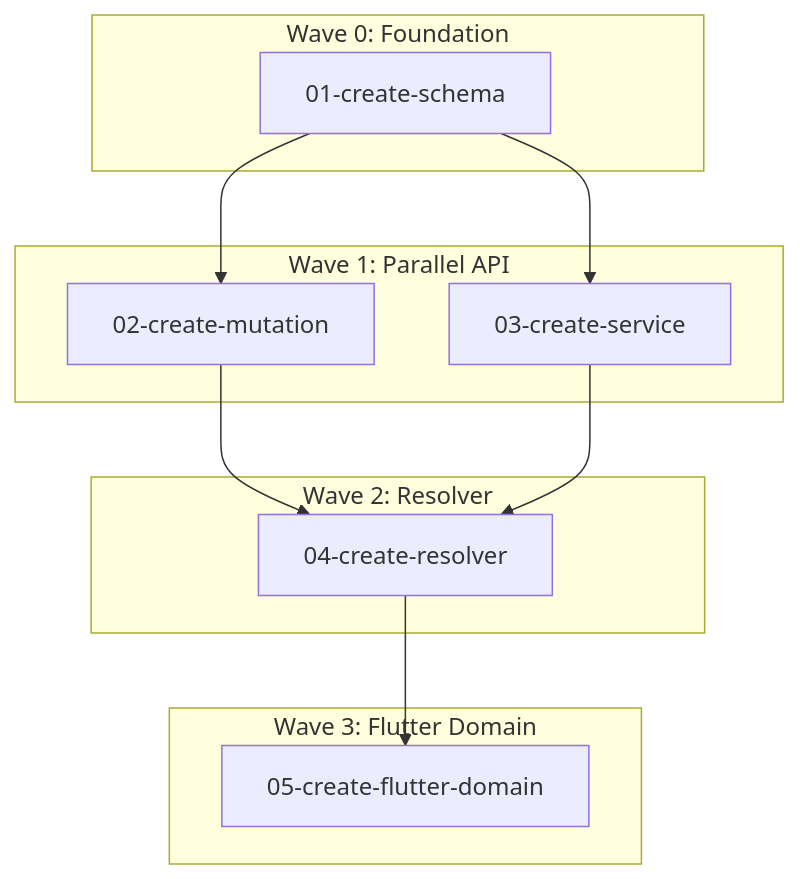
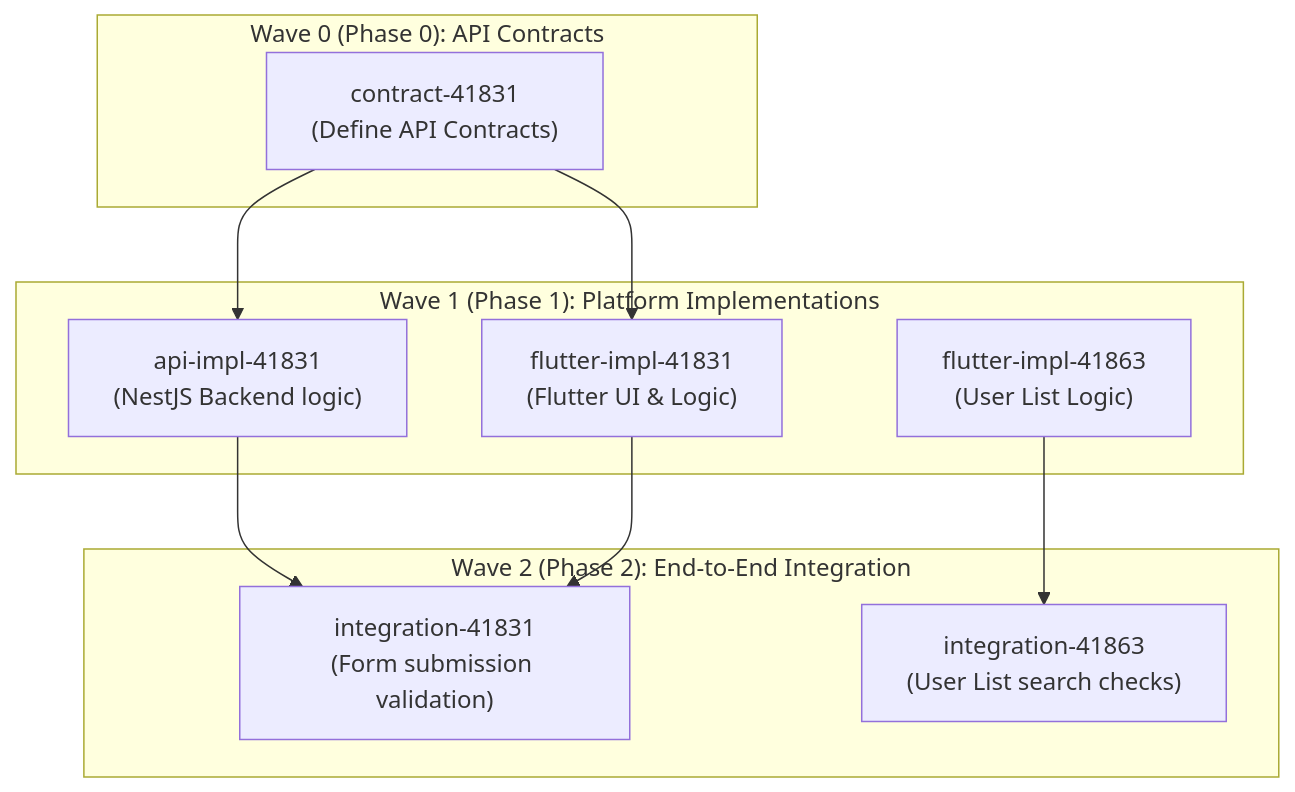
Before and after one commit to basnetjiten/test-repo: the third of 4 diagrams in ebprocess-development/Architecture.md, drawn with Mermaid. The commit also changed other lines of this file and 35 other files, not shown here.

````diff
--- a/ebprocess-development/Architecture.md
+++ b/ebprocess-development/Architecture.md
@@ -231,22 +185,21 @@
 ```mermaid
 graph TD
-    subgraph "Wave 0: Foundation"
-        T1["01-create-schema"]
+    subgraph "Wave 0 (Phase 0): API Contracts"
+        T1["contract-41831<br>(Define API Contracts)"]
     end
-    subgraph "Wave 1: Parallel API"
-        T2["02-create-mutation"]
-        T3["03-create-service"]
+    subgraph "Wave 1 (Phase 1): Platform Implementations"
+        T2["api-impl-41831<br>(NestJS Backend logic)"]
+        T3["flutter-impl-41831<br>(Flutter UI & Logic)"]
+        T4["flutter-impl-41863<br>(User List Logic)"]
     end
-    subgraph "Wave 2: Resolver"
-        T4["04-create-resolver"]
-    end
-    subgraph "Wave 3: Flutter Domain"
-        T5["05-create-flutter-domain"]
+    subgraph "Wave 2 (Phase 2): End-to-End Integration"
+        T5["integration-41831<br>(Form submission validation)"]
+        T6["integration-41863<br>(User List search checks)"]
     end
 
     T1 --> T2
     T1 --> T3
-    T2 --> T4
-    T3 --> T4
-    T4 --> T5
+    T2 --> T5
+    T3 --> T5
+    T4 --> T6
 ```
````
